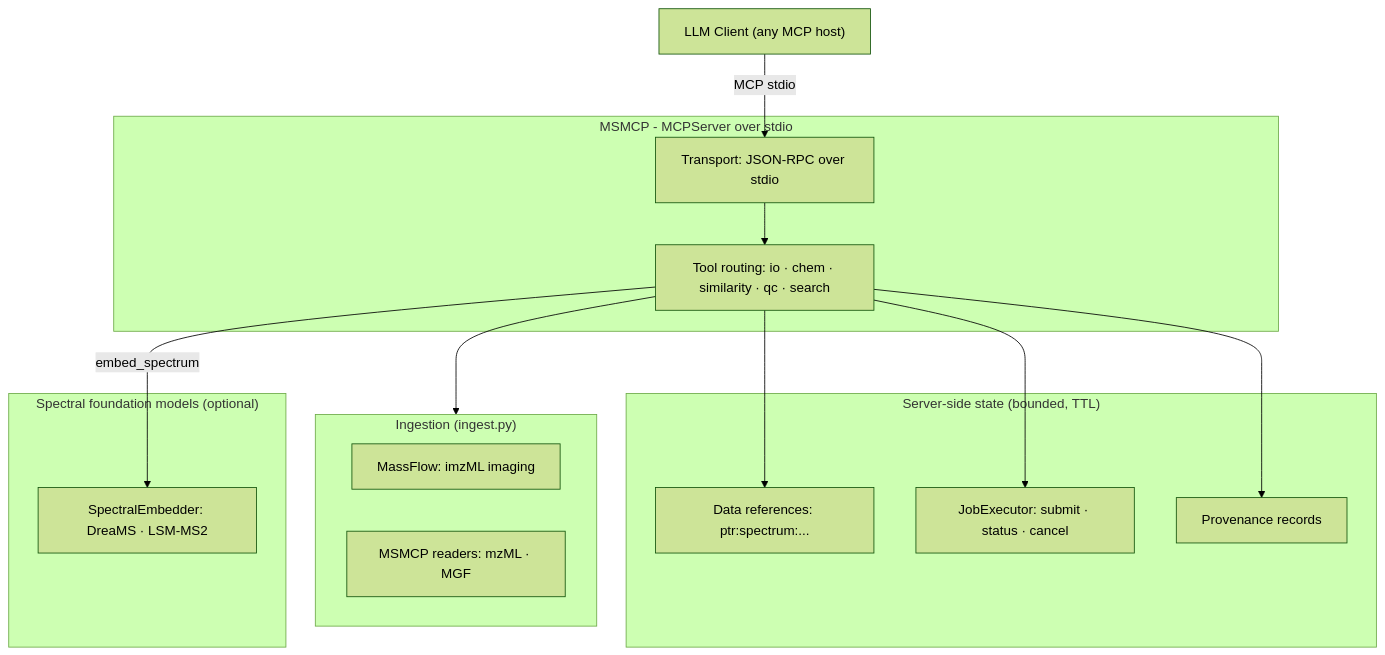
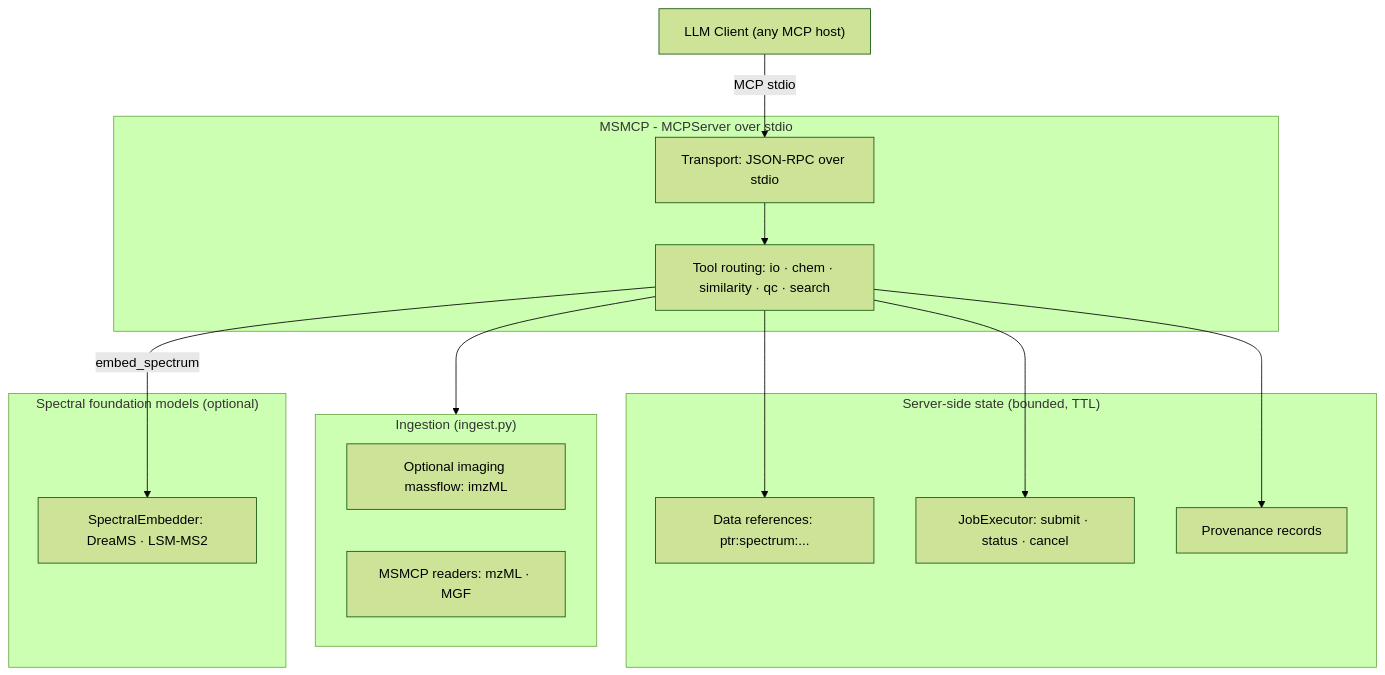
Before and after one commit to janusson/MSMCP: the diagram in README.md, drawn with Mermaid (forest theme). The commit also changed other lines of this file and 3 other files, not shown here.

Commit message:
docs: document optional imaging install boundary

````diff
--- a/README.md
+++ b/README.md
@@ -143,32 +143,32 @@
 ```mermaid
 flowchart TD
     Client["LLM Client (any MCP host)"]
 
     subgraph MSMCP["MSMCP - MCPServer over stdio"]
         Transport["Transport: JSON-RPC over stdio"]
         ToolRouting["Tool routing: io · chem · similarity · qc · search"]
     end
 
     subgraph Ingest["Ingestion (ingest.py)"]
-        MassFlow["MassFlow: imzML imaging"]
+        MassFlow["Optional imaging massflow: imzML"]
         Readers["MSMCP readers: mzML · MGF"]
     end
 
     subgraph State["Server-side state (bounded, TTL)"]
         Refs["Data references: ptr:spectrum:..."]
         Executor["JobExecutor: submit · status · cancel"]
         Prov["Provenance records"]
     end
 
     subgraph Models["Spectral foundation models (optional)"]
         Embedders["SpectralEmbedder: DreaMS · LSM-MS2"]
     end
 
     Client -->|MCP stdio| Transport
     Transport --> ToolRouting
     ToolRouting --> Ingest
     ToolRouting --> Refs
     ToolRouting --> Executor
     ToolRouting --> Prov
     ToolRouting -->|embed_spectrum| Embedders
 ```
````
